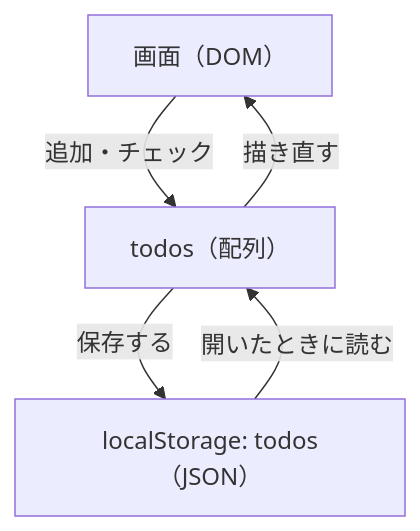
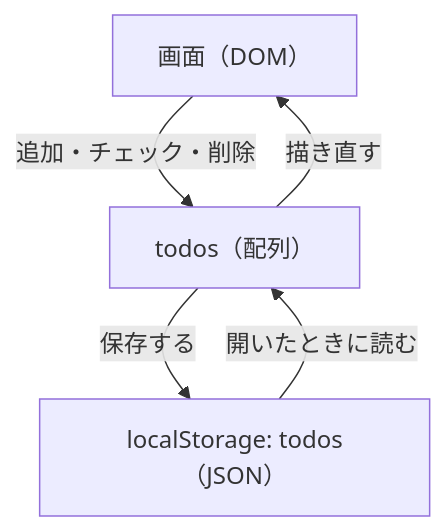
The diagram in docs/ja/todo-app.md (uraitakahito/hello-typescript-vitest), drawn with Mermaid before and after one commit. The commit also changed other lines of this file and 3 other files, not shown here.

````diff
--- a/docs/ja/todo-app.md
+++ b/docs/ja/todo-app.md
@@ -15,7 +16,7 @@
 ```mermaid
 flowchart TB
-  page["画面（DOM）"] -- "追加・チェック" --> todos["todos（配列）"]
+  page["画面（DOM）"] -- "追加・チェック・削除" --> todos["todos（配列）"]
   todos -- "描き直す" --> page
   todos -- "保存する" --> storage["localStorage: todos（JSON）"]
   storage -- "開いたときに読む" --> todos
 ```
````
